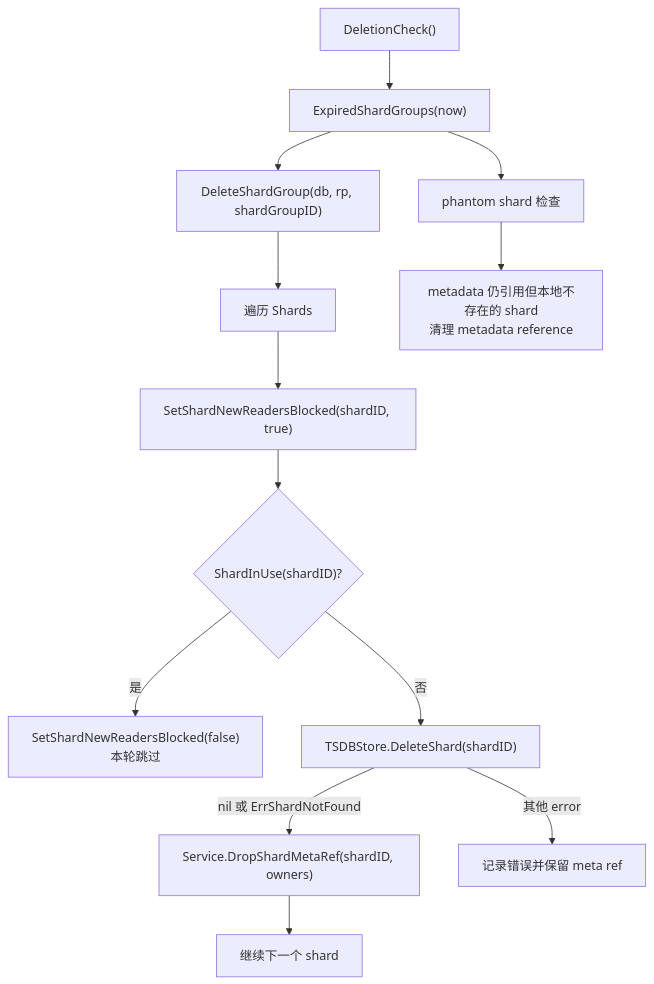
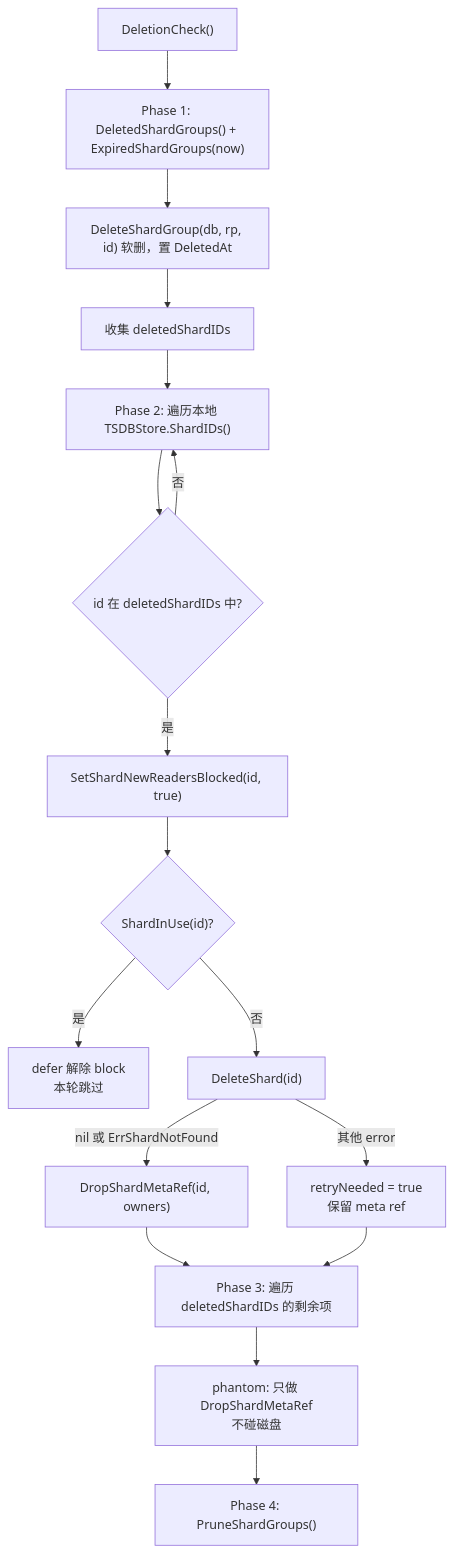
One commit to stefanv5/influxdb changed diagram 16 of 17 in docs/specs/12_background_services_spec.md. Above: the diagram before and after it, drawn with Mermaid. The commit also changed other lines of this file and 16 other files, not shown here.

First line of the commit message:
docs: correct and deepen the 17 architecture specs

````diff
--- a/docs/specs/12_background_services_spec.md
+++ b/docs/specs/12_background_services_spec.md
@@ -1647,15 +1978,19 @@
 ```mermaid
 flowchart TD
-    A["DeletionCheck()"] --> B["ExpiredShardGroups(now)"]
-    B --> C["DeleteShardGroup(db, rp, shardGroupID)"]
-    C --> D["遍历 Shards"]
-    D --> E["SetShardNewReadersBlocked(shardID, true)"]
-    E --> F{"ShardInUse(shardID)?"}
-    F -->|"是"| G["SetShardNewReadersBlocked(false)<br/>本轮跳过"]
-    F -->|"否"| H["TSDBStore.DeleteShard(shardID)"]
-    H -->|"nil 或 ErrShardNotFound"| I["Service.DropShardMetaRef(shardID, owners)"]
-    H -->|"其他 error"| J["记录错误并保留 meta ref"]
-    I --> K["继续下一个 shard"]
-    B --> L["phantom shard 检查"]
-    L --> M["metadata 仍引用但本地不存在的 shard<br/>清理 metadata reference"]
+    A["DeletionCheck()"] --> B["Phase 1: DeletedShardGroups() + ExpiredShardGroups(now)"]
+    B --> C["DeleteShardGroup(db, rp, id) 软删，置 DeletedAt"]
+    C --> D["收集 deletedShardIDs"]
+    D --> E["Phase 2: 遍历本地 TSDBStore.ShardIDs()"]
+    E --> F{"id 在 deletedShardIDs 中?"}
+    F -->|"否"| E
+    F -->|"是"| G["SetShardNewReadersBlocked(id, true)"]
+    G --> H{"ShardInUse(id)?"}
+    H -->|"是"| I["defer 解除 block<br/>本轮跳过"]
+    H -->|"否"| J["DeleteShard(id)"]
+    J -->|"nil 或 ErrShardNotFound"| K["DropShardMetaRef(id, owners)"]
+    J -->|"其他 error"| L["retryNeeded = true<br/>保留 meta ref"]
+    K --> M["Phase 3: 遍历 deletedShardIDs 的剩余项"]
+    L --> M
+    M --> N["phantom: 只做 DropShardMetaRef<br/>不碰磁盘"]
+    N --> O["Phase 4: PruneShardGroups()"]
 ```
````
